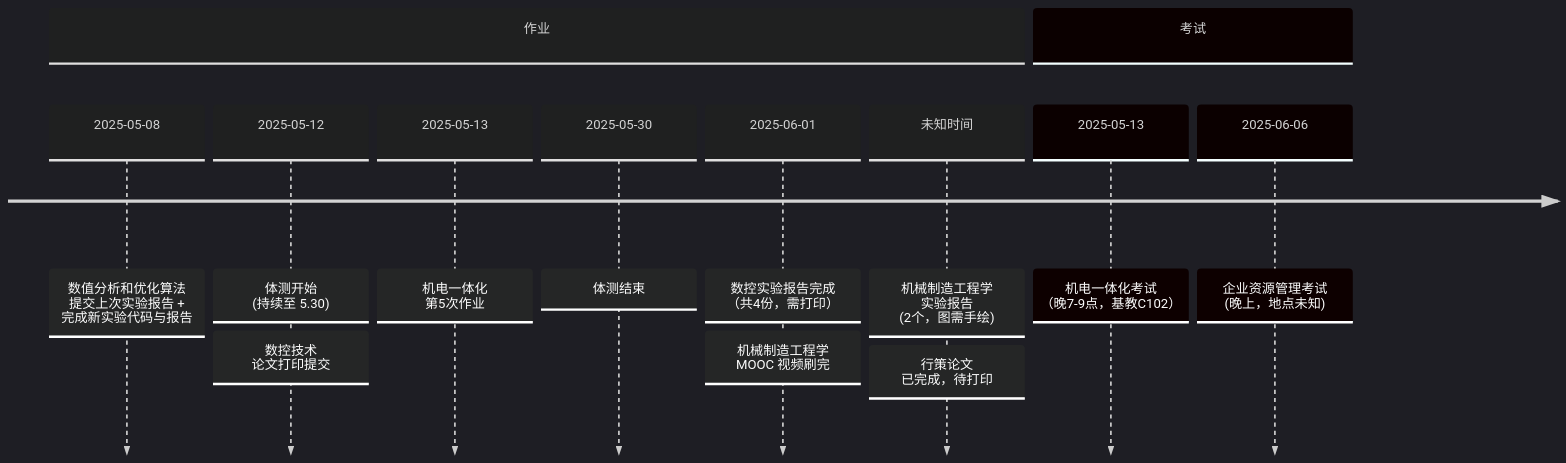
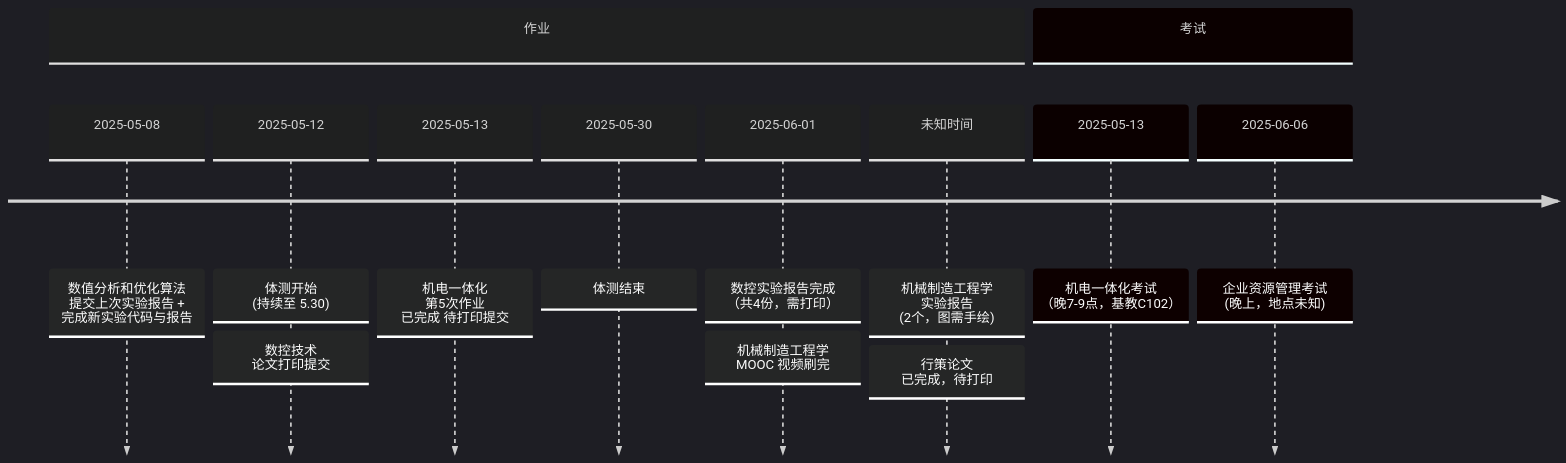
One commit to Sophomoresty/obsidian-notes changed the first of 3 diagrams in 日记/2025-05-08.md. Above: the diagram before and after it, drawn with Mermaid. The commit also changed other lines of this file and 3 other files, not shown here.

````diff
--- a/日记/2025-05-08.md
+++ b/日记/2025-05-08.md
@@ -44,22 +47,22 @@
 ```mermaid
 %%{init: { 'logLevel': 'debug', 'theme': 'dark' } }%%
 timeline
 
 section 作业
 2025-05-08 : 数值分析和优化算法<br>提交上次实验报告 + 完成新实验代码与报告
 2025-05-12 : 体测开始<br>(持续至 5.30)
 : 数控技术<br>论文打印提交
-2025-05-13 : 机电一体化<br>第5次作业
+2025-05-13 : 机电一体化<br>第5次作业<br>已完成 待打印提交
 
 2025-05-30 : 体测结束
 2025-06-01 : 数控实验报告完成<br>（共4份，需打印）
 : 机械制造工程学<br>MOOC 视频刷完
 
 未知时间 : 机械制造工程学<br>实验报告<br>(2个，图需手绘)
 : 行策论文<br>已完成，待打印
 
 section 考试 
 	2025-05-13 : 机电一体化考试<br>（晚7-9点，基教C102）
 	2025-06-06 : 企业资源管理考试<br> (晚上，地点未知)
 
 ```
````
